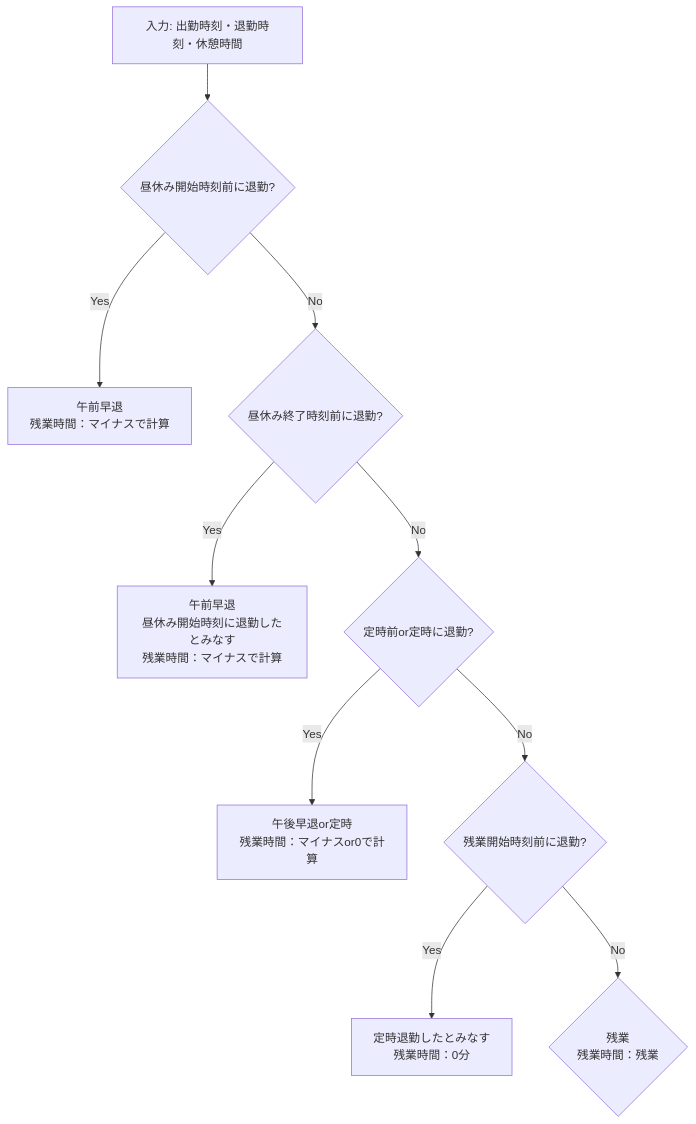
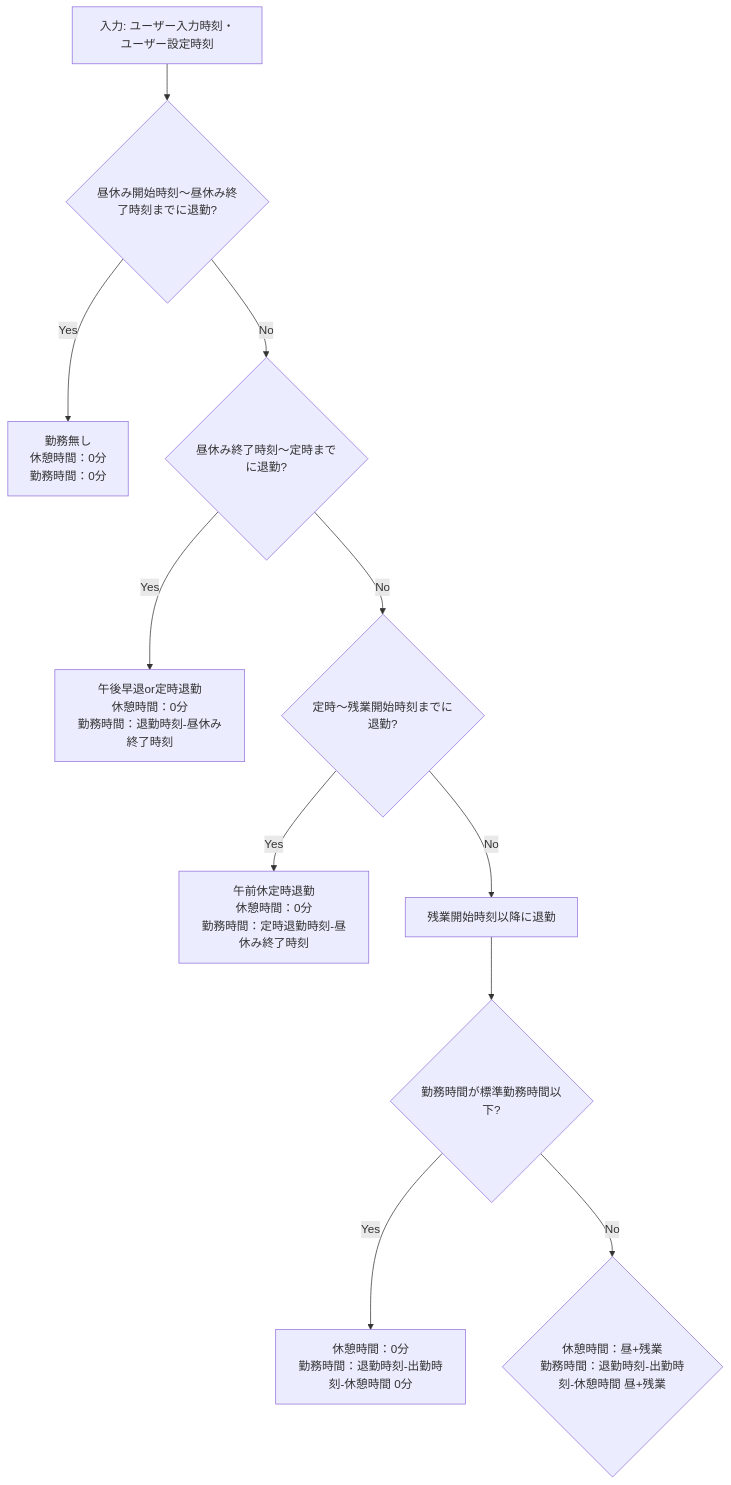
The second of 3 diagrams in README.md (tkura37/WorkingHoursCalculator), drawn with Mermaid before and after one commit. The commit also changed other lines of this file, not shown here.

````diff
--- a/README.md
+++ b/README.md
@@ -59,12 +61,13 @@
 ```mermaid
 flowchart TD
-   A[入力: 出勤時刻・退勤時刻・休憩時間] --> B{昼休み開始時刻前に退勤?}
-   B --> |Yes|C[午前早退<br>残業時間：マイナスで計算]
-   B --> |No|D{昼休み終了時刻前に退勤?}   
-   D --> |Yes|E[午前早退<br>昼休み開始時刻に退勤したとみなす<br>残業時間：マイナスで計算]
-   D --> |No|F{定時前or定時に退勤?}
-   F --> |Yes|G[午後早退or定時<br>残業時間：マイナスor0で計算]
-   F --> |No|H{残業開始時刻前に退勤?}
-   H --> |Yes|I[定時退勤したとみなす<br>残業時間：0分]
-   H --> |No|J{残業<br>残業時間：残業}
+   A[入力: ユーザー入力時刻・ユーザー設定時刻] --> B{昼休み開始時刻～昼休み終了時刻までに退勤?}
+   B --> |Yes|C[勤務無し<br>休憩時間：0分<br>勤務時間：0分]
+   B --> |No|D{昼休み終了時刻～定時までに退勤?}   
+   D --> |Yes|E[午後早退or定時退勤<br>休憩時間：0分<br>勤務時間：退勤時刻-昼休み終了時刻]
+   D --> |No|F{定時～残業開始時刻までに退勤?}
+   F --> |Yes|G[午前休定時退勤<br>休憩時間：0分<br>勤務時間：定時退勤時刻-昼休み終了時刻]
+   F --> |No|H[残業開始時刻以降に退勤]
+   H --> I{勤務時間が標準勤務時間以下?}
+   I --> |Yes|J[休憩時間：0分<br>勤務時間：退勤時刻-出勤時刻-休憩時間 0分]
+   I --> |No|K{休憩時間：昼+残業<br>勤務時間：退勤時刻-出勤時刻-休憩時間 昼+残業}
 ```
````
